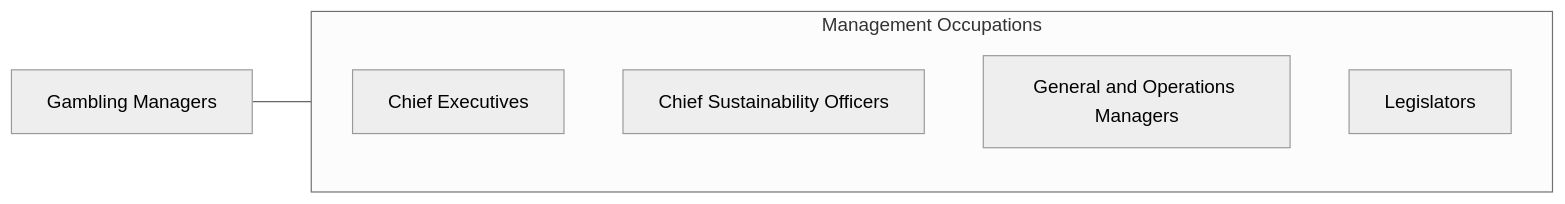
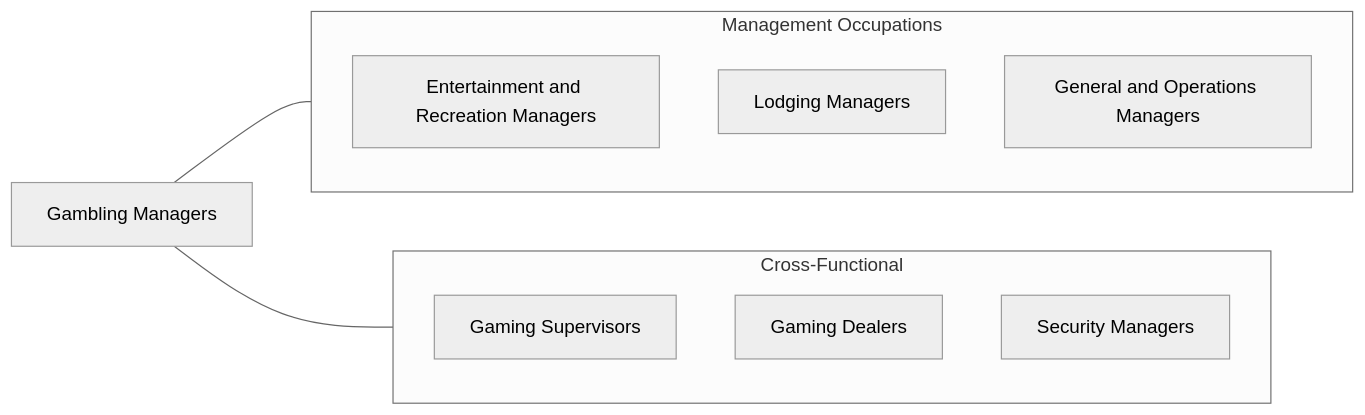
Before and after one commit to kziemski/business.org.ai: the fourth of 4 diagrams in occupations/Management/GamblingManagers.mdx, drawn with Mermaid (neutral theme). The commit also changed other lines of this file and 938 other files, not shown here.

````diff
--- a/occupations/Management/GamblingManagers.mdx
+++ b/occupations/Management/GamblingManagers.mdx
@@ -108,13 +161,19 @@
 ```mermaid
 graph LR
-    Current["Gambling Managers"]
+    GM["Gambling Managers"]
 
     subgraph SameCategory["Management Occupations"]
-        ChiefExecutives["Chief Executives"]
-        ChiefSustainabilityO["Chief Sustainability Officers"]
-        GeneralAndOperations["General and Operations Managers"]
-        Legislators["Legislators"]
+        ERM["Entertainment and Recreation Managers"]
+        LM["Lodging Managers"]
+        GOps["General and Operations Managers"]
     end
 
-    Current --- SameCategory
+    subgraph CrossFunctional["Cross-Functional"]
+        GS["Gaming Supervisors"]
+        GD["Gaming Dealers"]
+        SC["Security Managers"]
+    end
+
+    GM --- SameCategory
+    GM --- CrossFunctional
 ```
````
